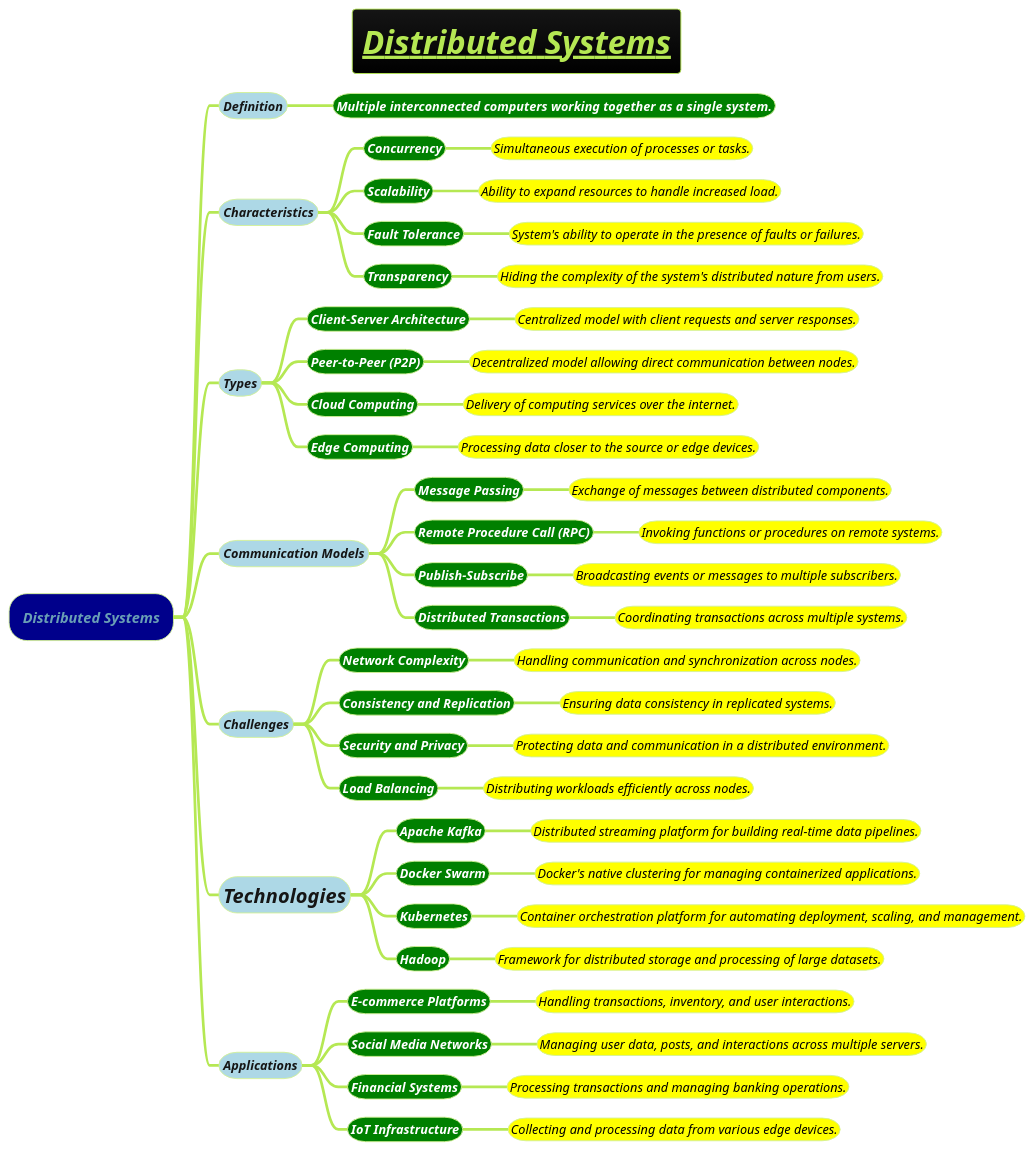
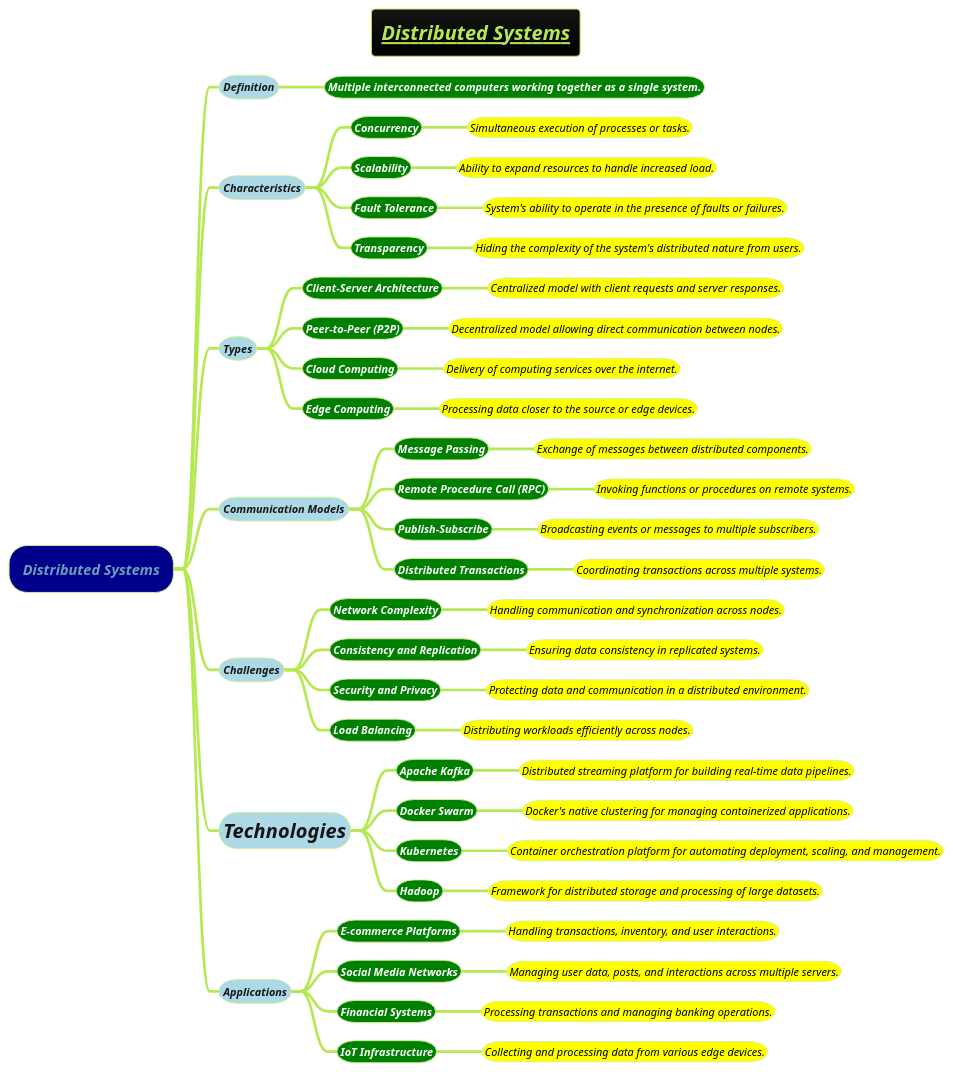
Before and after one commit to MehmoodHashmi/Documentation-as-Code-DaC: the diagram in docs/AI-ML-DL-Data-Science-and-BigData/data-science/designing-data-intensive-applications/Distributed-Systems.puml, drawn with PlantUML. The commit also changed 8 other files, not shown here.

```diff
--- a/docs/AI-ML-DL-Data-Science-and-BigData/data-science/designing-data-intensive-applications/Distributed-Systems.puml
+++ b/docs/AI-ML-DL-Data-Science-and-BigData/data-science/designing-data-intensive-applications/Distributed-Systems.puml
@@ -1,63 +1,63 @@
 @startmindmap
-title =<i><b><u>Distributed Systems
+title =<i><b><u><size:18>Distributed Systems
 !theme hacker
 
 *[#darkblue] <i>Distributed Systems
-**[#lightblue] <i><color #blac><size:14>Definition
-***[#green] <b><i><color #white><size:14>Multiple interconnected computers working together as a single system.
-**[#lightblue] <i><color #blac><size:14>Characteristics
-***[#green] <b><i><color #white><size:14>Concurrency
-****[#yellow] <i><color #black><size:14>Simultaneous execution of processes or tasks.
-***[#green] <b><i><color #white><size:14>Scalability
-****[#yellow] <i><color #black><size:14>Ability to expand resources to handle increased load.
-***[#green] <b><i><color #white><size:14>Fault Tolerance
-****[#yellow] <i><color #black><size:14>System's ability to operate in the presence of faults or failures.
-***[#green] <b><i><color #white><size:14>Transparency
-****[#yellow] <i><color #black><size:14>Hiding the complexity of the system's distributed nature from users.
-**[#lightblue] <i><color #blac><size:14>Types
-***[#green] <b><i><color #white><size:14>Client-Server Architecture
-****[#yellow] <i><color #black><size:14>Centralized model with client requests and server responses.
-***[#green] <b><i><color #white><size:14>Peer-to-Peer (P2P)
-****[#yellow] <i><color #black><size:14>Decentralized model allowing direct communication between nodes.
-***[#green] <b><i><color #white><size:14>Cloud Computing
-****[#yellow] <i><color #black><size:14>Delivery of computing services over the internet.
-***[#green] <b><i><color #white><size:14>Edge Computing
-****[#yellow] <i><color #black><size:14>Processing data closer to the source or edge devices.
-**[#lightblue] <i><color #blac><size:14>Communication Models
-***[#green] <b><i><color #white><size:14>Message Passing
-****[#yellow] <i><color #black><size:14>Exchange of messages between distributed components.
-***[#green] <b><i><color #white><size:14>Remote Procedure Call (RPC)
-****[#yellow] <i><color #black><size:14>Invoking functions or procedures on remote systems.
-***[#green] <b><i><color #white><size:14>Publish-Subscribe
-****[#yellow] <i><color #black><size:14>Broadcasting events or messages to multiple subscribers.
-***[#green] <b><i><color #white><size:14>Distributed Transactions
-****[#yellow] <i><color #black><size:14>Coordinating transactions across multiple systems.
-**[#lightblue] <i><color #blac><size:14>Challenges
-***[#green] <b><i><color #white><size:14>Network Complexity
-****[#yellow] <i><color #black><size:14>Handling communication and synchronization across nodes.
-***[#green] <b><i><color #white><size:14>Consistency and Replication
-****[#yellow] <i><color #black><size:14>Ensuring data consistency in replicated systems.
-***[#green] <b><i><color #white><size:14>Security and Privacy
-****[#yellow] <i><color #black><size:14>Protecting data and communication in a distributed environment.
-***[#green] <b><i><color #white><size:14>Load Balancing
-****[#yellow] <i><color #black><size:14>Distributing workloads efficiently across nodes.
+**[#lightblue] <i><color #blac><size:12>Definition
+***[#green] <b><i><color #white><size:12>Multiple interconnected computers working together as a single system.
+**[#lightblue] <i><color #blac><size:12>Characteristics
+***[#green] <b><i><color #white><size:12>Concurrency
+****[#yellow] <i><color #black><size:12>Simultaneous execution of processes or tasks.
+***[#green] <b><i><color #white><size:12>Scalability
+****[#yellow] <i><color #black><size:12>Ability to expand resources to handle increased load.
+***[#green] <b><i><color #white><size:12>Fault Tolerance
+****[#yellow] <i><color #black><size:12>System's ability to operate in the presence of faults or failures.
+***[#green] <b><i><color #white><size:12>Transparency
+****[#yellow] <i><color #black><size:12>Hiding the complexity of the system's distributed nature from users.
+**[#lightblue] <i><color #blac><size:12>Types
+***[#green] <b><i><color #white><size:12>Client-Server Architecture
+****[#yellow] <i><color #black><size:12>Centralized model with client requests and server responses.
+***[#green] <b><i><color #white><size:12>Peer-to-Peer (P2P)
+****[#yellow] <i><color #black><size:12>Decentralized model allowing direct communication between nodes.
+***[#green] <b><i><color #white><size:12>Cloud Computing
+****[#yellow] <i><color #black><size:12>Delivery of computing services over the internet.
+***[#green] <b><i><color #white><size:12>Edge Computing
+****[#yellow] <i><color #black><size:12>Processing data closer to the source or edge devices.
+**[#lightblue] <i><color #blac><size:12>Communication Models
+***[#green] <b><i><color #white><size:12>Message Passing
+****[#yellow] <i><color #black><size:12>Exchange of messages between distributed components.
+***[#green] <b><i><color #white><size:12>Remote Procedure Call (RPC)
+****[#yellow] <i><color #black><size:12>Invoking functions or procedures on remote systems.
+***[#green] <b><i><color #white><size:12>Publish-Subscribe
+****[#yellow] <i><color #black><size:12>Broadcasting events or messages to multiple subscribers.
+***[#green] <b><i><color #white><size:12>Distributed Transactions
+****[#yellow] <i><color #black><size:12>Coordinating transactions across multiple systems.
+**[#lightblue] <i><color #blac><size:12>Challenges
+***[#green] <b><i><color #white><size:12>Network Complexity
+****[#yellow] <i><color #black><size:12>Handling communication and synchronization across nodes.
+***[#green] <b><i><color #white><size:12>Consistency and Replication
+****[#yellow] <i><color #black><size:12>Ensuring data consistency in replicated systems.
+***[#green] <b><i><color #white><size:12>Security and Privacy
+****[#yellow] <i><color #black><size:12>Protecting data and communication in a distributed environment.
+***[#green] <b><i><color #white><size:12>Load Balancing
+****[#yellow] <i><color #black><size:12>Distributing workloads efficiently across nodes.
 **[#lightblue] <i><color #blac><size:22>Technologies
-***[#green] <b><i><color #white><size:14>Apache Kafka
-****[#yellow] <i><color #black><size:14>Distributed streaming platform for building real-time data pipelines.
-***[#green] <b><i><color #white><size:14>Docker Swarm
-****[#yellow] <i><color #black><size:14>Docker's native clustering for managing containerized applications.
-***[#green] <b><i><color #white><size:14>Kubernetes
-****[#yellow] <i><color #black><size:14>Container orchestration platform for automating deployment, scaling, and management.
-***[#green] <b><i><color #white><size:14>Hadoop
-****[#yellow] <i><color #black><size:14>Framework for distributed storage and processing of large datasets.
-**[#lightblue] <i><color #blac><size:14>Applications
-***[#green] <b><i><color #white><size:14>E-commerce Platforms
-****[#yellow] <i><color #black><size:14>Handling transactions, inventory, and user interactions.
-***[#green] <b><i><color #white><size:14>Social Media Networks
-****[#yellow] <i><color #black><size:14>Managing user data, posts, and interactions across multiple servers.
-***[#green] <b><i><color #white><size:14>Financial Systems
-****[#yellow] <i><color #black><size:14>Processing transactions and managing banking operations.
-***[#green] <b><i><color #white><size:14>IoT Infrastructure
-****[#yellow] <i><color #black><size:14>Collecting and processing data from various edge devices.
+***[#green] <b><i><color #white><size:12>Apache Kafka
+****[#yellow] <i><color #black><size:12>Distributed streaming platform for building real-time data pipelines.
+***[#green] <b><i><color #white><size:12>Docker Swarm
+****[#yellow] <i><color #black><size:12>Docker's native clustering for managing containerized applications.
+***[#green] <b><i><color #white><size:12>Kubernetes
+****[#yellow] <i><color #black><size:12>Container orchestration platform for automating deployment, scaling, and management.
+***[#green] <b><i><color #white><size:12>Hadoop
+****[#yellow] <i><color #black><size:12>Framework for distributed storage and processing of large datasets.
+**[#lightblue] <i><color #blac><size:12>Applications
+***[#green] <b><i><color #white><size:12>E-commerce Platforms
+****[#yellow] <i><color #black><size:12>Handling transactions, inventory, and user interactions.
+***[#green] <b><i><color #white><size:12>Social Media Networks
+****[#yellow] <i><color #black><size:12>Managing user data, posts, and interactions across multiple servers.
+***[#green] <b><i><color #white><size:12>Financial Systems
+****[#yellow] <i><color #black><size:12>Processing transactions and managing banking operations.
+***[#green] <b><i><color #white><size:12>IoT Infrastructure
+****[#yellow] <i><color #black><size:12>Collecting and processing data from various edge devices.
 
 @endmindmap
```
